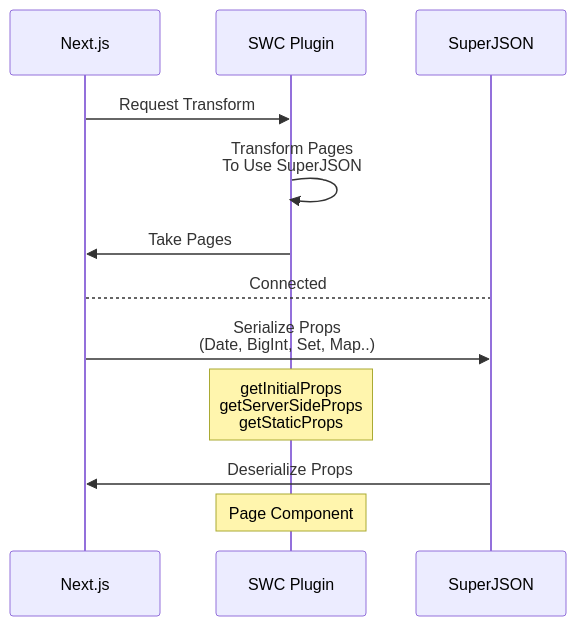
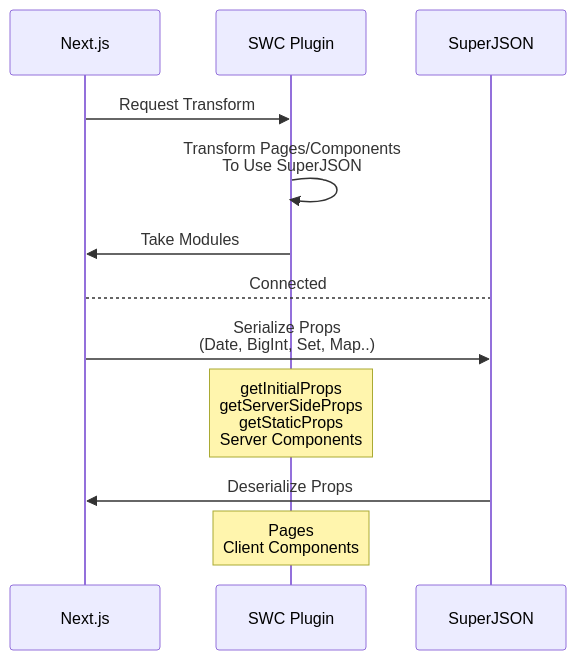
The diagram in README.md (blitz-js/next-superjson-plugin), drawn with Mermaid before and after one commit. The commit also changed other lines of this file, not shown here.

````diff
--- a/README.md
+++ b/README.md
@@ -75,15 +68,15 @@
 ```mermaid
 sequenceDiagram
     participant Next.js
     participant SWC Plugin
     participant SuperJSON
     Next.js->>SWC Plugin: Request Transform
-    SWC Plugin->>SWC Plugin: Transform Pages <br> To Use SuperJSON
-    SWC Plugin->>Next.js: Take Pages
+    SWC Plugin->>SWC Plugin: Transform Pages/Components <br> To Use SuperJSON
+    SWC Plugin->>Next.js: Take Modules
     Next.js-->SuperJSON: Connected
     Next.js->>SuperJSON: Serialize Props <br> (Date, BigInt, Set, Map..)
-    Note over SWC Plugin: getInitialProps <br> getServerSideProps <br> getStaticProps
+    Note over SWC Plugin: getInitialProps <br> getServerSideProps <br> getStaticProps <br> Server Components
     SuperJSON->>Next.js: Deserialize Props
-    Note over SWC Plugin: Page Component
+    Note over SWC Plugin: Pages <br> Client Components
 
 ```
````
